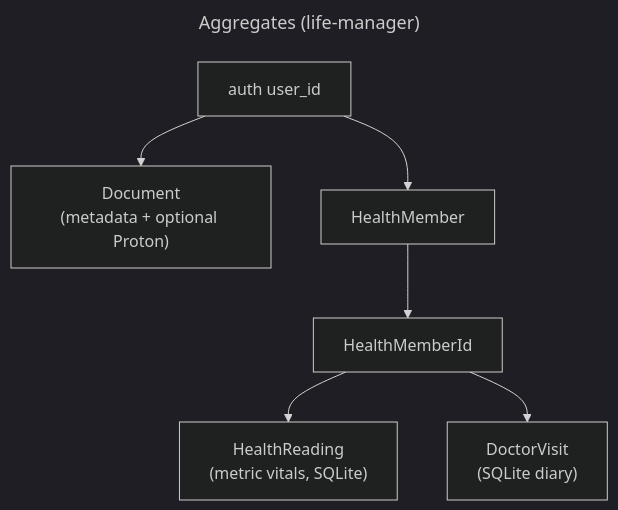
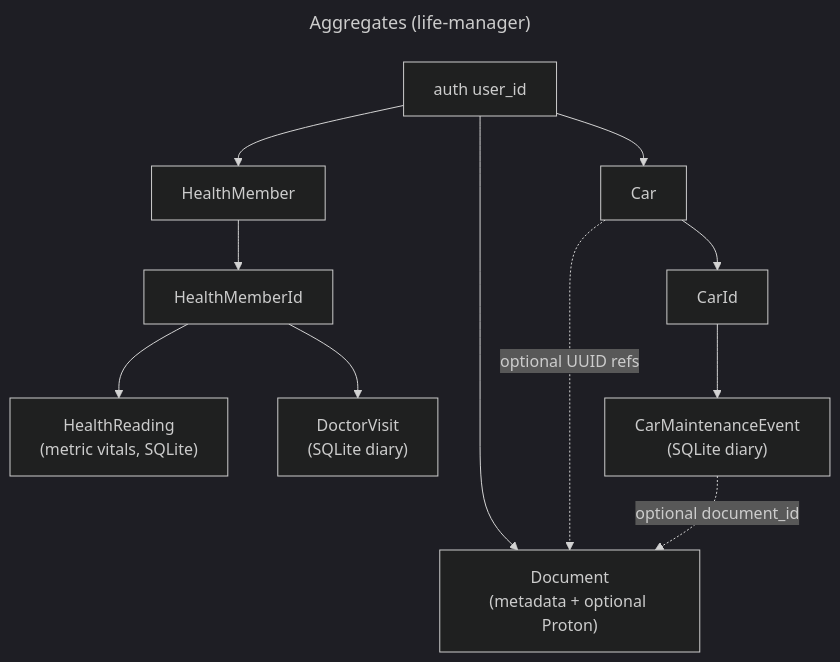
The diagram in README.md (mikeyjay39/life-manager), drawn with Mermaid (dark theme) before and after one commit. The commit also changed other lines of this file and 96 other files, not shown here.

````diff
--- a/README.md
+++ b/README.md
@@ -196,13 +200,18 @@
 ```mermaid
 ---
 title: Aggregates (life-manager)
 ---
 
 flowchart TD
   U[auth user_id]
   U --> D["Document\n(metadata + optional Proton)"]
   U --> HM[HealthMember]
   HM --> HMid[HealthMemberId]
   HMid --> HR["HealthReading\n(metric vitals, SQLite)"]
   HMid --> DV["DoctorVisit\n(SQLite diary)"]
+  U --> C[Car]
+  C --> Cid[CarId]
+  Cid --> CME["CarMaintenanceEvent\n(SQLite diary)"]
+  C -. "optional UUID refs" .-> D
+  CME -. "optional document_id" .-> D
 ```
````
